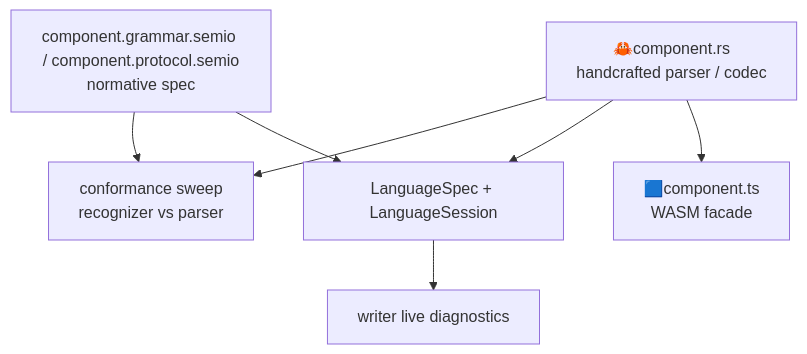
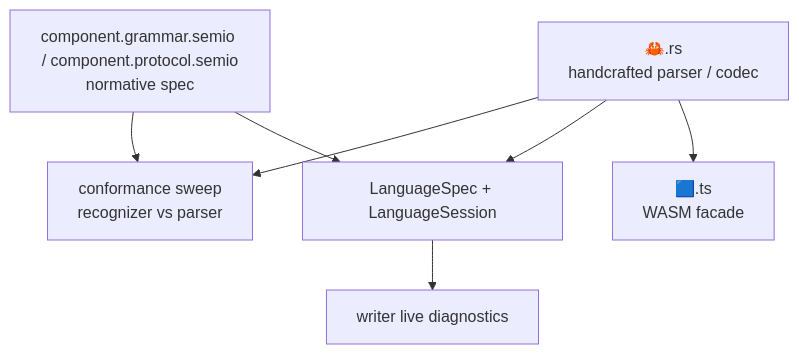
The diagram in .cursor/plans/per-artifact_grammars_and_protocols_8b0fe9ad.plan.md (usalu/semio), drawn with Mermaid before and after one commit. The commit also changed other lines of this file and 41629 other files, not shown here.

````diff
--- a/.cursor/plans/per-artifact_grammars_and_protocols_8b0fe9ad.plan.md
+++ b/.cursor/plans/per-artifact_grammars_and_protocols_8b0fe9ad.plan.md
@@ -87,15 +87,15 @@
 ```mermaid
 flowchart TB
   spec["component.grammar.semio / component.protocol.semio<br/>normative spec"]
-  rs["🦀️component.rs<br/>handcrafted parser / codec"]
-  ts["🟦️component.ts<br/>WASM facade"]
+  rs["🦀️.rs<br/>handcrafted parser / codec"]
+  ts["🟦️.ts<br/>WASM facade"]
   sweep["conformance sweep<br/>recognizer vs parser"]
   lsp["LanguageSpec + LanguageSession"]
   writer["writer live diagnostics"]
   spec --> sweep
   rs --> sweep
   spec --> lsp
   rs --> lsp
   rs --> ts
   lsp --> writer
 ```
````
